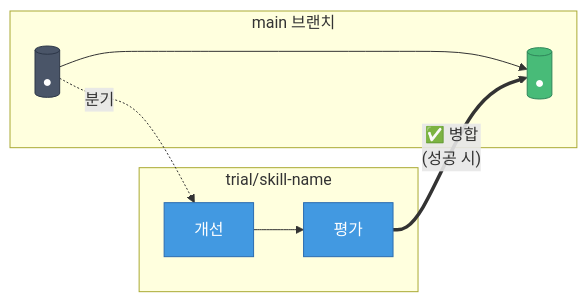
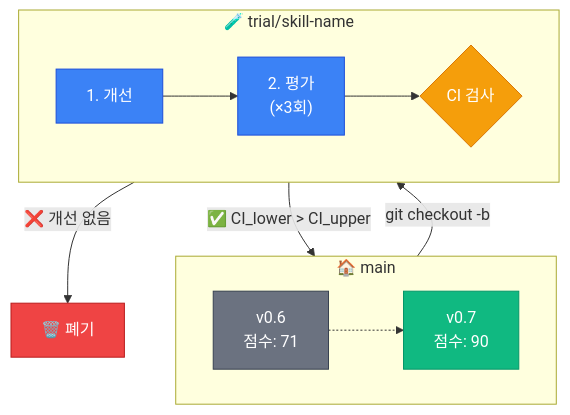
The third of 4 diagrams in README.ko.md (quantsquirrel/claude-skill-forge), drawn with Mermaid before and after one commit. The commit also changed other lines of this file and 1 other file, not shown here.

Commit message:
Upgrade Trial Branch diagram with expert perspectives
Applied insights from Tufte, Fowler, and Victor:
- Added version numbers and scores for context
- Included failure path (discard branch)
- Added 3-round evaluation step
- CI decision diamond with clear pass/fail
- Color-coded: gray→green (success), yellow (decision), red (fail)

````diff
--- a/README.ko.md
+++ b/README.ko.md
@@ -123,18 +123,24 @@
 ```mermaid
-flowchart LR
-    subgraph main[" main 브랜치 "]
-        M1[("●")] --> M2[("●")]
+flowchart TB
+    subgraph MAIN["🏠 main"]
+        direction LR
+        C1["v0.6<br/>점수: 71"] -.-> C2["v0.7<br/>점수: 90"]
     end
 
-    subgraph trial[" trial/skill-name "]
-        T1["개선"] --> T2["평가"]
+    subgraph TRIAL["🧪 trial/skill-name"]
+        direction LR
+        T1["1. 개선"] --> T2["2. 평가<br/>(×3회)"]
+        T2 --> T3{"CI 검사"}
     end
 
-    M1 -.->|분기| T1
-    T2 ==>|"✅ 병합<br/>(성공 시)"| M2
+    C1 -->|"git checkout -b"| T1
+    T3 -->|"✅ CI_lower > CI_upper"| C2
+    T3 -->|"❌ 개선 없음"| D["🗑️ 폐기"]
 
-    style M1 fill:#4a5568,stroke:#2d3748,color:#fff
-    style M2 fill:#48bb78,stroke:#2f855a,color:#fff
-    style T1 fill:#4299e1,stroke:#2b6cb0,color:#fff
-    style T2 fill:#4299e1,stroke:#2b6cb0,color:#fff
+    style C1 fill:#6b7280,stroke:#374151,color:#fff
+    style C2 fill:#10b981,stroke:#059669,color:#fff
+    style T1 fill:#3b82f6,stroke:#1d4ed8,color:#fff
+    style T2 fill:#3b82f6,stroke:#1d4ed8,color:#fff
+    style T3 fill:#f59e0b,stroke:#d97706,color:#fff
+    style D fill:#ef4444,stroke:#b91c1c,color:#fff
 ```
````
